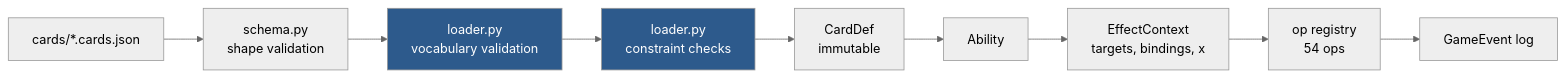
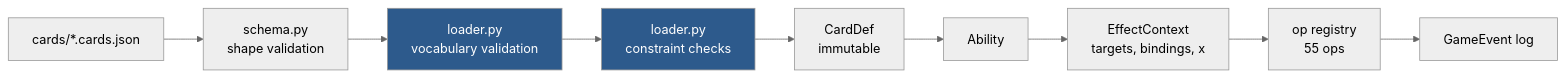
The diagram in docs/card-dsl.md (TylerGauntlett/commander-blitz), drawn with Mermaid (neutral theme) before and after one commit. The commit also changed other lines of this file and 8 other files, not shown here.

````diff
--- a/docs/card-dsl.md
+++ b/docs/card-dsl.md
@@ -6,14 +6,14 @@
 ```mermaid
 flowchart LR
     json["cards/*.cards.json"] --> pydantic["schema.py<br/>shape validation"]
     pydantic --> vocab["loader.py<br/>vocabulary validation"]
     vocab --> constraints["loader.py<br/>constraint checks"]
     constraints --> carddef["CardDef<br/>immutable"]
     carddef --> ability["Ability"]
     ability --> ctx["EffectContext<br/>targets, bindings, x"]
-    ctx --> ops["op registry<br/>54 ops"]
+    ctx --> ops["op registry<br/>55 ops"]
     ops --> events["GameEvent log"]
 
     style vocab fill:#2d5a8c,color:#fff
     style constraints fill:#2d5a8c,color:#fff
 ```
````
